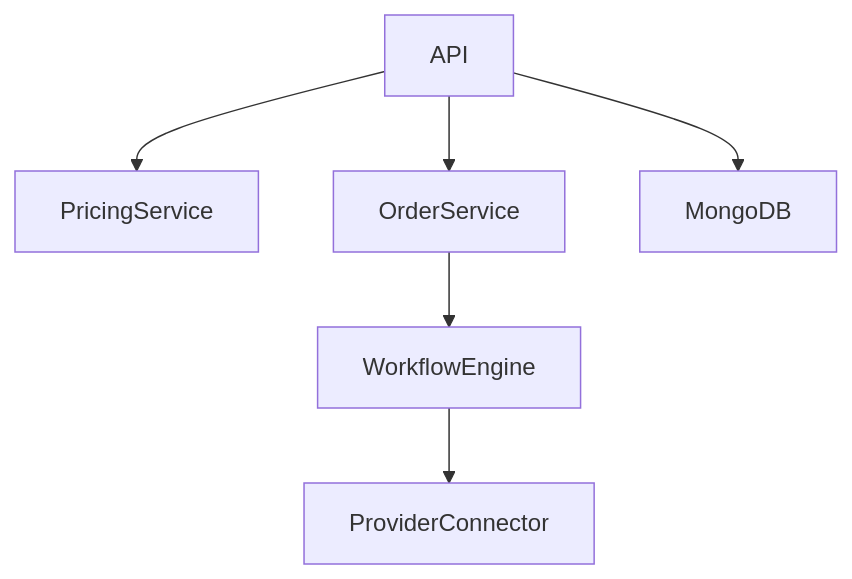
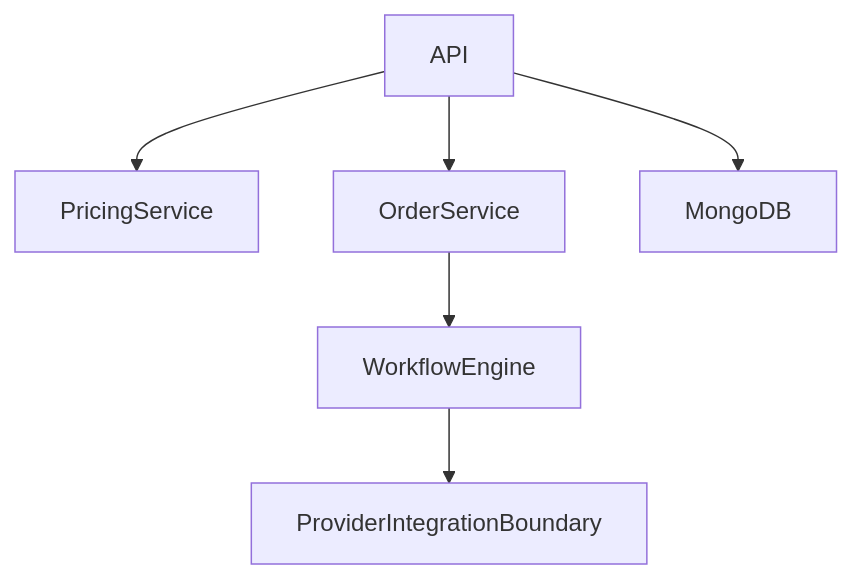
The third of 7 diagrams in architecture/arc42.md (tofi2k/doc), drawn with Mermaid before and after one commit. The commit also changed other lines of this file and 4 other files, not shown here.

````diff
--- a/architecture/arc42.md
+++ b/architecture/arc42.md
@@ -104,8 +109,8 @@
 ```mermaid
 flowchart TB
     API --> PricingService
     API --> OrderService
     OrderService --> WorkflowEngine
-    WorkflowEngine --> ProviderConnector
+    WorkflowEngine --> ProviderIntegrationBoundary
     API --> MongoDB
 ```
````
